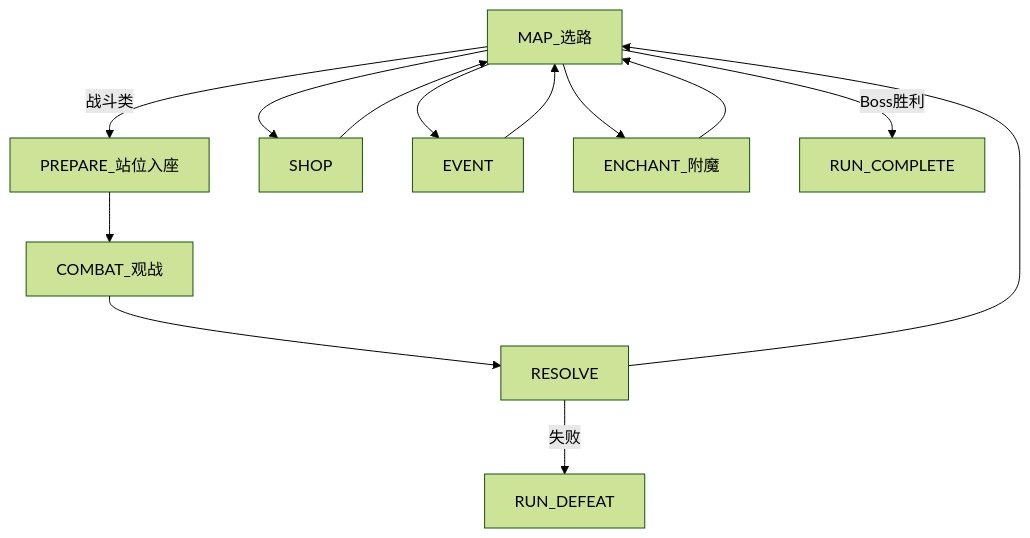
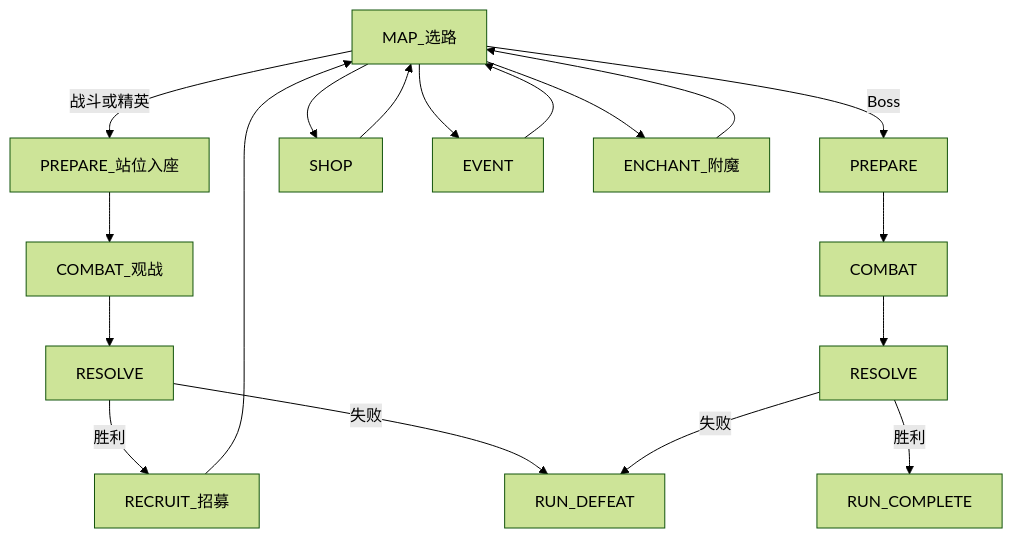
Before and after one commit to Kanerickyz/Godot-Project---Clash-royale-like-Game: the first of 2 diagrams in Documents/GAME_VISION.md, drawn with Mermaid (forest theme). The commit also changed other lines of this file and 9 other files, not shown here.

````diff
--- a/Documents/GAME_VISION.md
+++ b/Documents/GAME_VISION.md
@@ -100,9 +100,12 @@
 ```mermaid
 flowchart TD
-    Map[MAP_选路] -->|战斗类| Prep[PREPARE_站位入座] --> Combat[COMBAT_观战] --> Resolve[RESOLVE] --> Map
+    Map[MAP_选路] -->|战斗或精英| Prep[PREPARE_站位入座] --> Combat[COMBAT_观战] --> Resolve[RESOLVE]
+    Resolve -->|胜利| Recruit[RECRUIT_招募] --> Map
+    Resolve -->|失败| RunDefeat[RUN_DEFEAT]
+    Map -->|Boss| BossPrep[PREPARE] --> BossCombat[COMBAT] --> BossResolve[RESOLVE]
+    BossResolve -->|胜利| RunComplete[RUN_COMPLETE]
+    BossResolve -->|失败| RunDefeat
     Map --> ShopNode[SHOP] --> Map
     Map --> Event[EVENT] --> Map
     Map --> Enchant[ENCHANT_附魔] --> Map
-    Resolve -->|失败| RunDefeat[RUN_DEFEAT]
-    Map -->|Boss胜利| RunComplete[RUN_COMPLETE]
 ```
````
